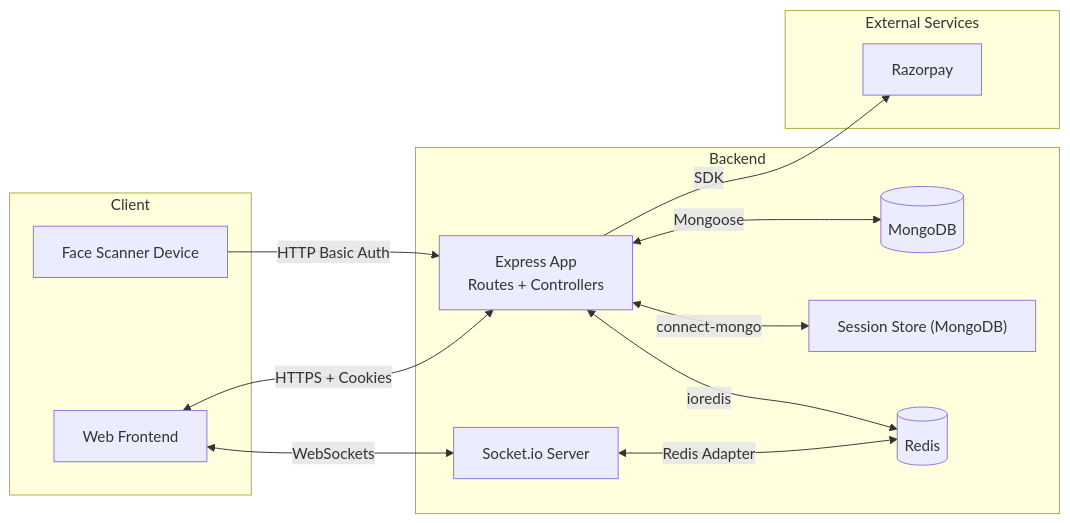
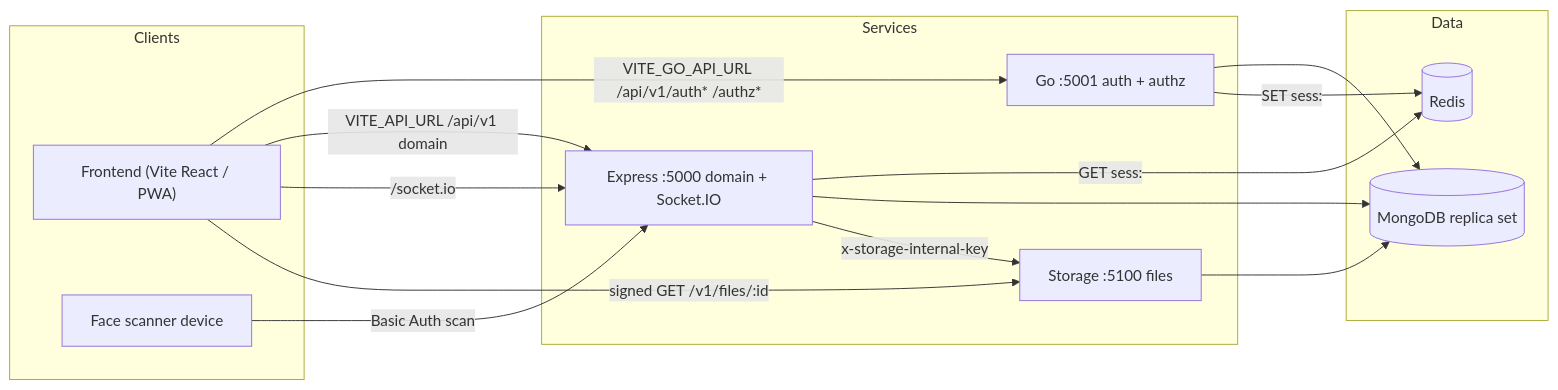
The first of 2 diagrams in srs.md (thisisdkyadav/hostel-management-system-backend), drawn with Mermaid before and after one commit. The commit also changed other lines of this file and 15 other files, not shown here.

````diff
--- a/srs.md
+++ b/srs.md
@@ -113,28 +87,27 @@
 ```mermaid
 graph LR
-  subgraph Client
-    FE["Web Frontend"]
-    SC["Face Scanner Device"]
+  subgraph Clients
+    FE["Frontend (Vite React / PWA)"]
+    SC["Face scanner device"]
   end
-
-  subgraph Backend
-    EX["Express App<br/>Routes + Controllers"]
-    SIO["Socket.io Server"]
-    MS[(MongoDB)]
-    SS["Session Store (MongoDB)"]
+  subgraph Services
+    GO["Go :5001 auth + authz"]
+    EX["Express :5000 domain + Socket.IO"]
+    ST["Storage :5100 files"]
+  end
+  subgraph Data
+    MS[(MongoDB replica set)]
     RD[(Redis)]
-    end
-
-  subgraph External Services
-    RZP[Razorpay]
   end
-
-  FE <--> |HTTPS + Cookies| EX
-  FE <--> |WebSockets| SIO
-  SC --> |HTTP Basic Auth| EX
-  EX <--> |Mongoose| MS
-  EX <--> |connect-mongo| SS
-  SIO <--> |Redis Adapter| RD
-  EX <--> |ioredis| RD
-  EX --> |SDK| RZP
+  FE -->|VITE_GO_API_URL /api/v1/auth* /authz*| GO
+  FE -->|VITE_API_URL /api/v1 domain| EX
+  FE -->|/socket.io| EX
+  FE -->|signed GET /v1/files/:id| ST
+  SC -->|Basic Auth scan| EX
+  GO --> MS
+  GO -->|SET sess:| RD
+  EX -->|GET sess:| RD
+  EX --> MS
+  EX -->|x-storage-internal-key| ST
+  ST --> MS
 ```
````
